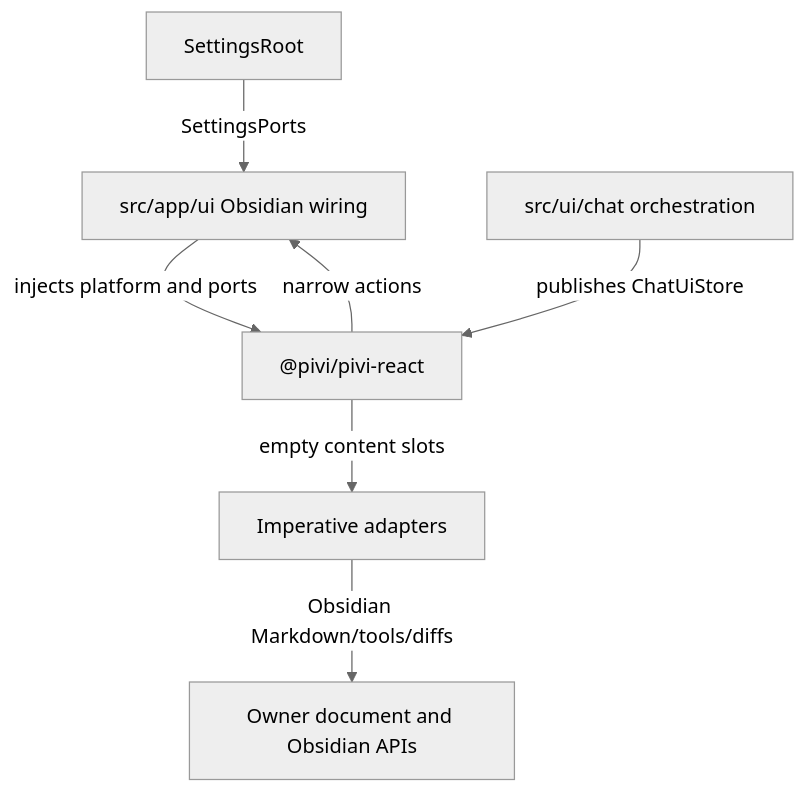
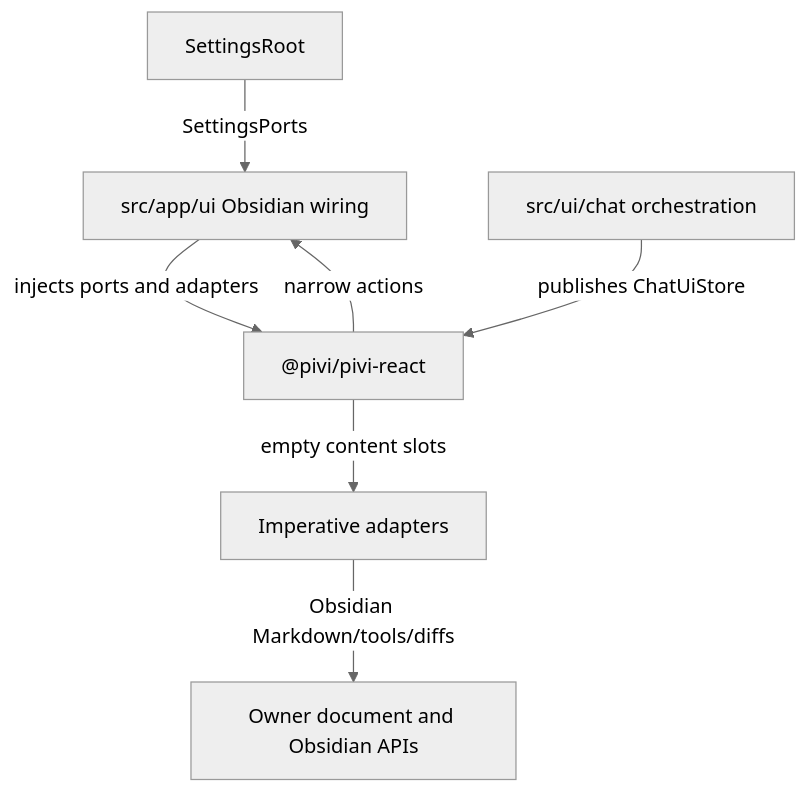
One commit to shuuul/obsidian-pivi changed the first of 2 diagrams in docs/08-presentation-and-settings.md. Above: the diagram before and after it, drawn with Mermaid (neutral theme). The commit also changed other lines of this file and 328 other files, not shown here.

````diff
--- a/docs/08-presentation-and-settings.md
+++ b/docs/08-presentation-and-settings.md
@@ -9,9 +9,9 @@
 ```mermaid
 flowchart TD
-  Host["src/app/ui Obsidian wiring"] -- "injects platform and ports" --> React["@pivi/pivi-react"]
+  Host["src/app/ui Obsidian wiring"] -- "injects ports and adapters" --> React["@pivi/pivi-react"]
   Chat["src/ui/chat orchestration"] -- "publishes ChatUiStore" --> React
   React -- "narrow actions" --> Host
   React -- "empty content slots" --> Adapters["Imperative adapters"]
   Adapters -- "Obsidian Markdown/tools/diffs" --> HostAPI["Owner document and Obsidian APIs"]
   Settings["SettingsRoot"] -- "SettingsPorts" --> Host
 ```
````
